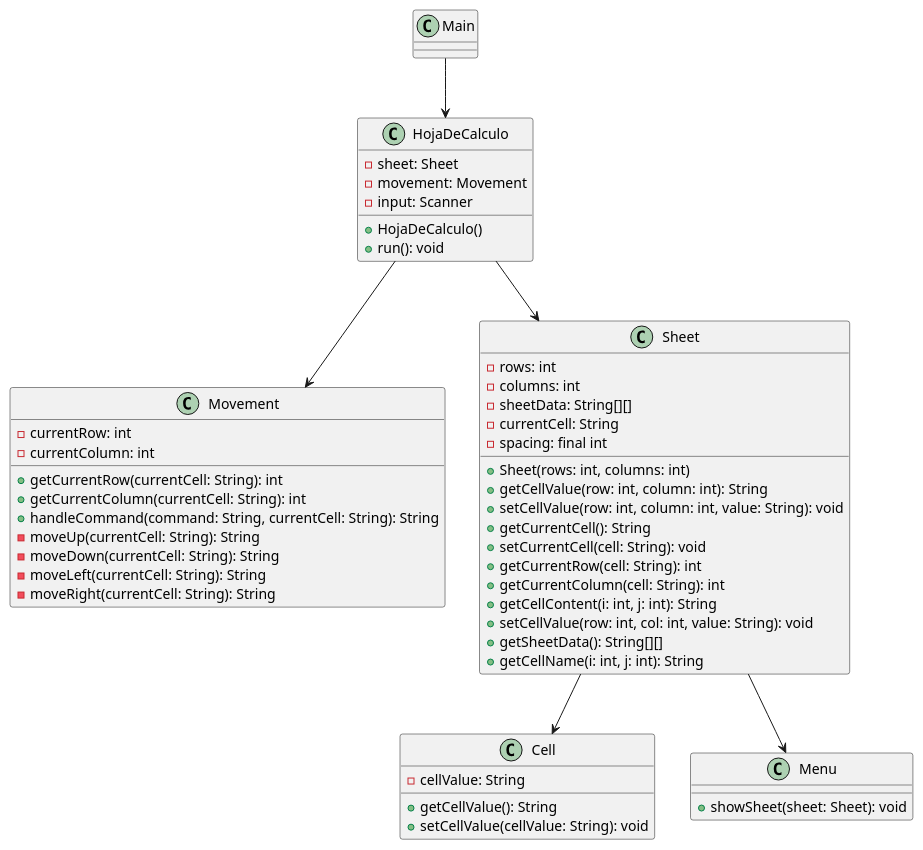
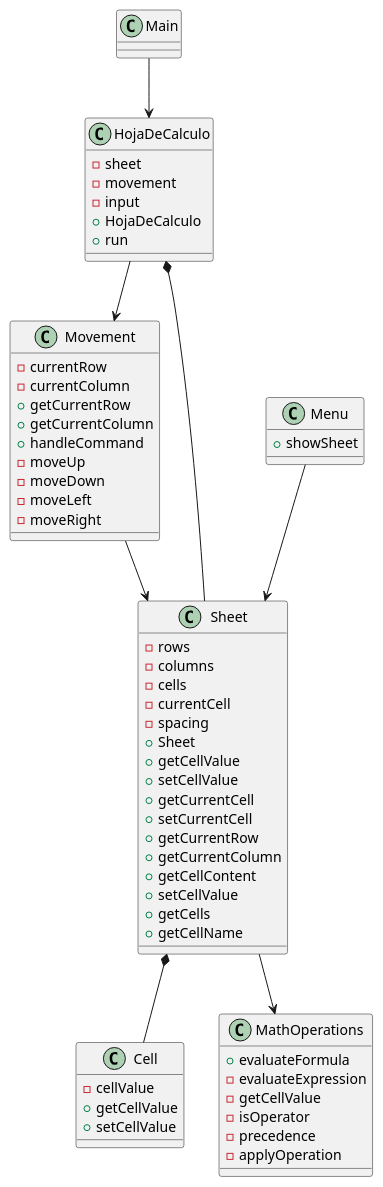
One commit to pablarce/23-24-IdSw2-SDD changed the diagram in modelosUML/modeloDeDominio/modeloDeDominio.puml. Above: the diagram before and after it, drawn with PlantUML. The commit also changed other lines of this file, not shown here.

Commit message:
Actualización Modelo de Dominio

```diff
--- a/modelosUML/modeloDeDominio/modeloDeDominio.puml
+++ b/modelosUML/modeloDeDominio/modeloDeDominio.puml
@@ -1,56 +1,67 @@
-@startuml 
+@startuml
 class Cell {
-    - cellValue: String
-    + getCellValue(): String
-    + setCellValue(cellValue: String): void
+    - cellValue
+    + getCellValue
+    + setCellValue
 }
 
 class Movement {
-    - currentRow: int
-    - currentColumn: int
-    + getCurrentRow(currentCell: String): int
-    + getCurrentColumn(currentCell: String): int
-    + handleCommand(command: String, currentCell: String): String
-    - moveUp(currentCell: String): String
-    - moveDown(currentCell: String): String
-    - moveLeft(currentCell: String): String
-    - moveRight(currentCell: String): String
+    - currentRow
+    - currentColumn
+    + getCurrentRow
+    + getCurrentColumn
+    + handleCommand
+    - moveUp
+    - moveDown
+    - moveLeft
+    - moveRight
 }
 
 class Sheet {
-    - rows: int
-    - columns: int
-    - sheetData: String[][]
-    - currentCell: String
-    - spacing: final int
-    + Sheet(rows: int, columns: int)
-    + getCellValue(row: int, column: int): String
-    + setCellValue(row: int, column: int, value: String): void
-    + getCurrentCell(): String
-    + setCurrentCell(cell: String): void
-    + getCurrentRow(cell: String): int
-    + getCurrentColumn(cell: String): int
-    + getCellContent(i: int, j: int): String
-    + setCellValue(row: int, col: int, value: String): void
-    + getSheetData(): String[][]
-    + getCellName(i: int, j: int): String
+    - rows
+    - columns
+    - cells
+    - currentCell
+    - spacing
+    + Sheet
+    + getCellValue
+    + setCellValue
+    + getCurrentCell
+    + setCurrentCell
+    + getCurrentRow
+    + getCurrentColumn
+    + getCellContent
+    + setCellValue
+    + getCells
+    + getCellName
 }
 
 class Menu {
-    + showSheet(sheet: Sheet): void
+    + showSheet
 }
 
 class HojaDeCalculo {
-    - sheet: Sheet
-    - movement: Movement
-    - input: Scanner
-    + HojaDeCalculo()
-    + run(): void
+    - sheet
+    - movement
+    - input
+    + HojaDeCalculo
+    + run
+}
+
+class MathOperations {
+    + evaluateFormula
+    - evaluateExpression
+    - getCellValue
+    - isOperator
+    - precedence
+    - applyOperation
 }
 
 Main --> HojaDeCalculo
-Sheet --> Cell
+Sheet *-down- Cell
+HojaDeCalculo *-down- Sheet
+Movement --> Sheet
 HojaDeCalculo --> Movement
-Sheet --> Menu
-HojaDeCalculo --> Sheet 
+Menu --> Sheet
+Sheet --> MathOperations
 @enduml
```
